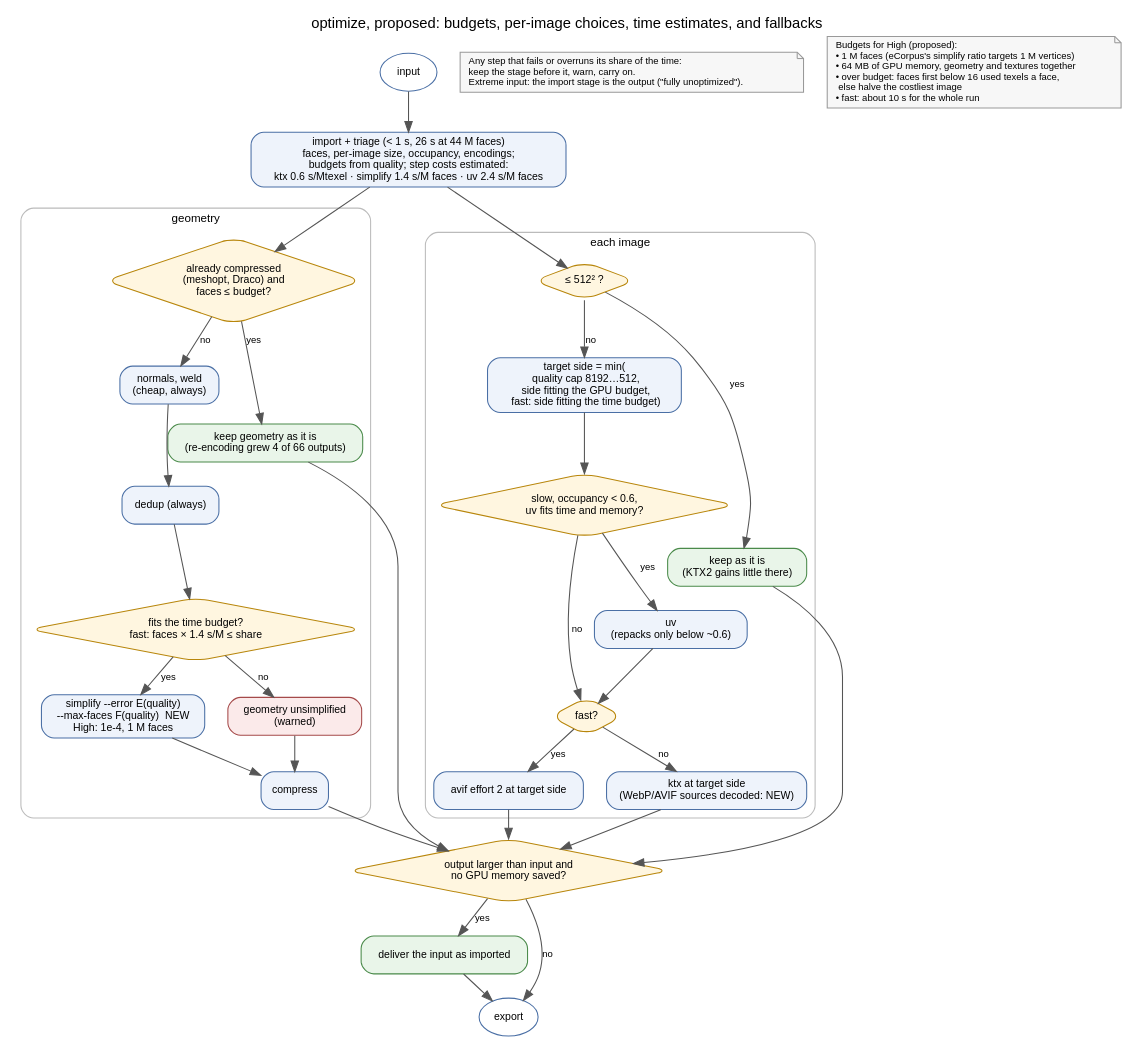
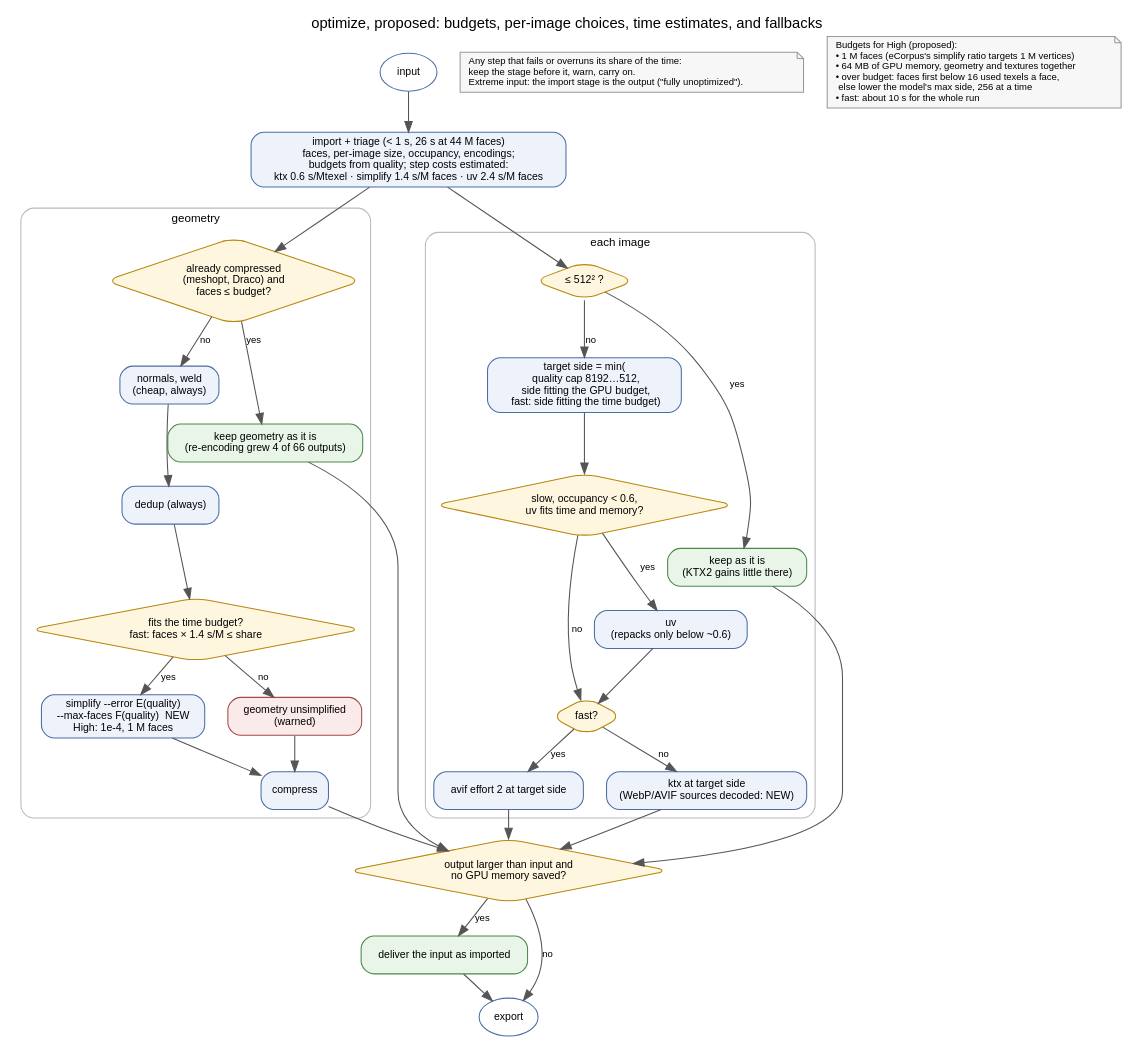
Before and after one commit to Holusion/meshtinker: the diagram in docs/optimize-plan/proposed.dot, drawn with Graphviz. The commit also changed 3 other files, not shown here.

Commit message:
Experiment: textures shrink through one maximum side for the whole model

```diff
--- a/docs/optimize-plan/proposed.dot
+++ b/docs/optimize-plan/proposed.dot
@@ -1,53 +1,53 @@
 // The plan proposed in docs/experiments/optimize-survey.md. Render with:
 //   dot -Tsvg docs/optimize-plan/proposed.dot -o docs/optimize-plan/proposed.svg
 digraph proposed {
   graph [rankdir=TB, fontname="Helvetica", nodesep=0.3, ranksep=0.3, label="optimize, proposed: budgets, per-image choices, time estimates, and fallbacks", labelloc=t, fontsize=14, newrank=true];
   node [fontname="Helvetica", fontsize=10, shape=box, style="rounded,filled", fillcolor="#eef3fb", color="#4a6fa5"];
   edge [fontname="Helvetica", fontsize=9, color="#555555"];
 
   in [label="input", shape=oval, fillcolor="#ffffff"];
   import [label="import + triage (< 1 s, 26 s at 44 M faces)\nfaces, per-image size, occupancy, encodings;\nbudgets from quality; step costs estimated:\nktx 0.6 s/Mtexel · simplify 1.4 s/M faces · uv 2.4 s/M faces"];
   in -> import;
 
   subgraph cluster_geo {
     label="geometry"; fontsize=11; color="#bbbbbb"; style=rounded;
     gc [label="already compressed\n(meshopt, Draco) and\nfaces ≤ budget?", shape=diamond, fillcolor="#fff6e0", color="#b8860b"];
     keepgeo [label="keep geometry as it is\n(re-encoding grew 4 of 66 outputs)", fillcolor="#e9f5e9", color="#4a8a4a"];
     nw [label="normals, weld\n(cheap, always)"];
     dedup [label="dedup (always)"];
     gt [label="fits the time budget?\nfast: faces × 1.4 s/M ≤ share", shape=diamond, fillcolor="#fff6e0", color="#b8860b"];
     simp [label="simplify --error E(quality)\n--max-faces F(quality)  NEW\nHigh: 1e-4, 1 M faces"];
     rawgeo [label="geometry unsimplified\n(warned)", fillcolor="#fbeaea", color="#a54a4a"];
     comp [label="compress"];
     gc -> keepgeo [label="yes"];
     gc -> nw [label="no"]; nw -> dedup -> gt;
     gt -> simp [label="yes"]; gt -> rawgeo [label="no"];
     simp -> comp; rawgeo -> comp;
   }
 
   subgraph cluster_tex {
     label="each image"; fontsize=11; color="#bbbbbb"; style=rounded;
     small [label="≤ 512² ?", shape=diamond, fillcolor="#fff6e0", color="#b8860b"];
     keepimg [label="keep as it is\n(KTX2 gains little there)", fillcolor="#e9f5e9", color="#4a8a4a"];
     side [label="target side = min(\n  quality cap 8192…512,\n  side fitting the GPU budget,\n  fast: side fitting the time budget)"];
     occ [label="slow, occupancy < 0.6,\nuv fits time and memory?", shape=diamond, fillcolor="#fff6e0", color="#b8860b"];
     uv [label="uv\n(repacks only below ~0.6)"];
     fmt [label="fast?", shape=diamond, fillcolor="#fff6e0", color="#b8860b"];
     ktx [label="ktx at target side\n(WebP/AVIF sources decoded: NEW)"];
     avif [label="avif effort 2 at target side"];
     small -> keepimg [label="yes"]; small -> side [label="no"];
     side -> occ; occ -> uv [label="yes"]; occ -> fmt [label="no"]; uv -> fmt;
     fmt -> ktx [label="no"]; fmt -> avif [label="yes"];
   }
 
   import -> gc; import -> small;
 
   guard [label="output larger than input and\nno GPU memory saved?", shape=diamond, fillcolor="#fff6e0", color="#b8860b"];
   useinput [label="deliver the input as imported", fillcolor="#e9f5e9", color="#4a8a4a"];
   export [label="export", shape=oval, fillcolor="#ffffff"];
   comp -> guard; keepgeo -> guard; keepimg -> guard; ktx -> guard; avif -> guard;
   guard -> useinput [label="yes"]; guard -> export [label="no"]; useinput -> export;
 
   fail [shape=note, fillcolor="#f7f7f7", color="#999999", fontsize=9, label="Any step that fails or overruns its share of the time:\lkeep the stage before it, warn, carry on.\lExtreme input: the import stage is the output (\"fully unoptimized\").\l"];
-  budgets [shape=note, fillcolor="#f7f7f7", color="#999999", fontsize=9, label="Budgets for High (proposed):\l• 1 M faces (eCorpus's simplify ratio targets 1 M vertices)\l• 64 MB of GPU memory, geometry and textures together\l• over budget: faces first below 16 used texels a face,\l  else halve the costliest image\l• fast: about 10 s for the whole run\l"];
+  budgets [shape=note, fillcolor="#f7f7f7", color="#999999", fontsize=9, label="Budgets for High (proposed):\l• 1 M faces (eCorpus's simplify ratio targets 1 M vertices)\l• 64 MB of GPU memory, geometry and textures together\l• over budget: faces first below 16 used texels a face,\l  else lower the model's max side, 256 at a time\l• fast: about 10 s for the whole run\l"];
 }
```
